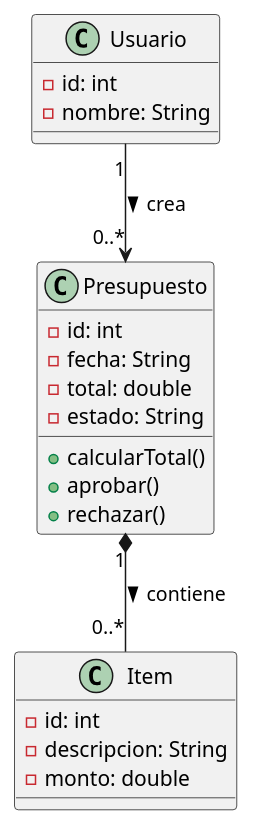
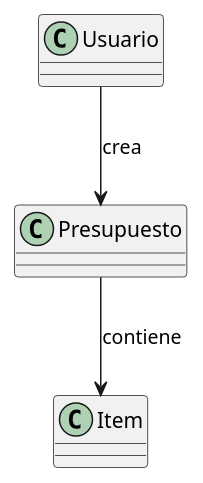
Before and after one commit to mmasias/25-26-IDSW1: the diagram in entregas/naranjoDylan/reto-001/Correción/reto-002/src/diagramaClases.puml, drawn with PlantUML.

Commit message:
Arreglando diagrama de clases

```diff
--- a/entregas/naranjoDylan/reto-001/Correción/reto-002/src/diagramaClases.puml
+++ b/entregas/naranjoDylan/reto-001/Correción/reto-002/src/diagramaClases.puml
@@ -1,25 +1,8 @@
 @startuml
-class Presupuesto {
-  - id: int
-  - fecha: String
-  - total: double
-  - estado: String
-  + calcularTotal()
-  + aprobar()
-  + rechazar()
-}
+class Usuario
+class Presupuesto
+class Item
 
-class Item {
-  - id: int
-  - descripcion: String
-  - monto: double
-}
-
-class Usuario {
-  - id: int
-  - nombre: String
-}
-
-Usuario "1" --> "0..*" Presupuesto : crea >
-Presupuesto "1" *-- "0..*" Item : contiene >
+Usuario --> Presupuesto : crea
+Presupuesto --> Item : contiene
 @enduml
```
